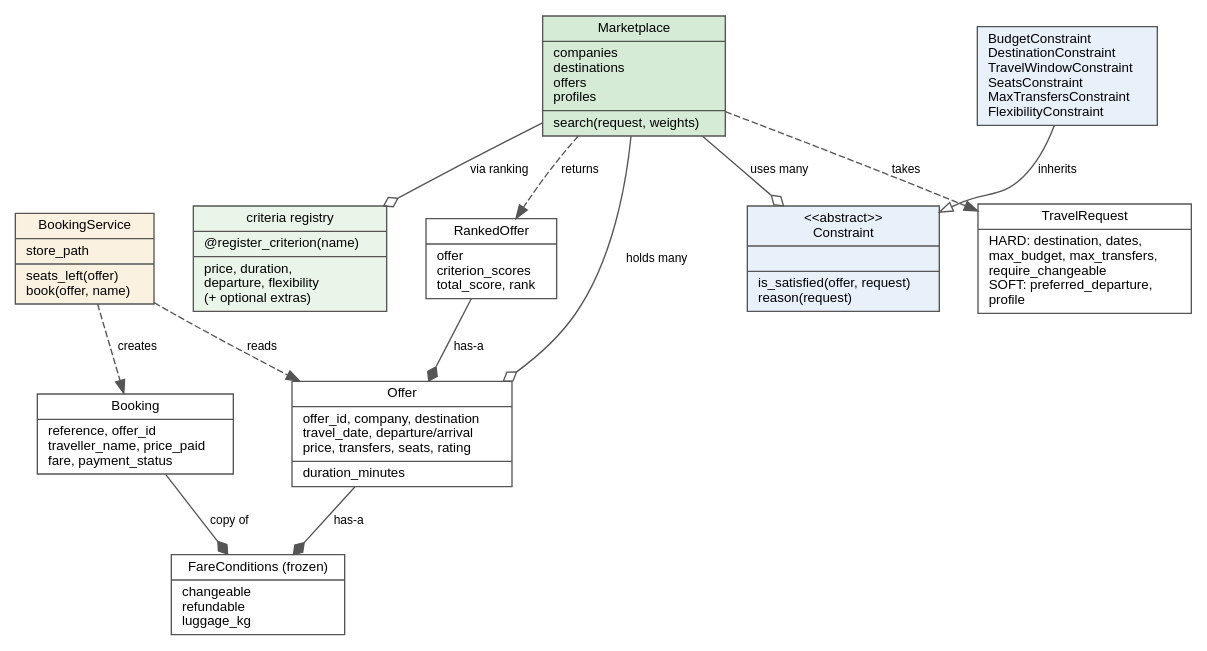
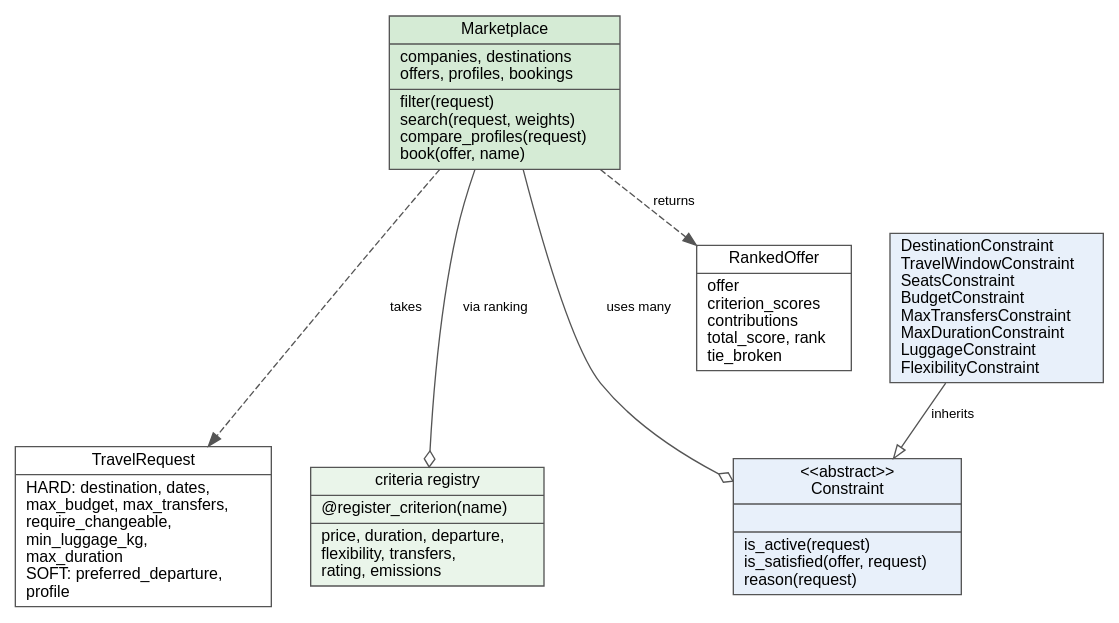
The diagram in docs/diagrams/classes.dot (maxfinanger/ACIT4420FinalProjectMaxFinanger), drawn with Graphviz before and after one commit. The commit also changed 25 other files, not shown here.

```diff
--- a/docs/diagrams/classes.dot
+++ b/docs/diagrams/classes.dot
@@ -1,29 +1,20 @@
 digraph classes {
-  rankdir=TB; fontname="Helvetica"; nodesep=0.4; ranksep=0.55;
-  node [shape=record, style=filled, fillcolor="#FFFFFF", fontname="Helvetica", fontsize=10, color="#555555"];
-  edge [fontname="Helvetica", fontsize=9, color="#555555"];
+  rankdir=TB; fontname="Helvetica"; nodesep=0.4; ranksep=0.5;
+  node [shape=record, style=filled, fillcolor="#FFFFFF", fontname="Helvetica", fontsize=12, color="#555555"];
+  edge [fontname="Helvetica", fontsize=10, color="#555555"];
 
-  Marketplace [label="{Marketplace|companies\ldestinations\loffers\lprofiles\l|search(request, weights)\l}", fillcolor="#D5EBD5"];
-  TravelRequest [label="{TravelRequest|HARD: destination, dates,\l  max_budget, max_transfers,\l  require_changeable\lSOFT: preferred_departure,\l  profile\l}"];
-  Offer [label="{Offer|offer_id, company, destination\ltravel_date, departure/arrival\lprice, transfers, seats, rating\l|duration_minutes\l}"];
-  FareConditions [label="{FareConditions (frozen)|changeable\lrefundable\lluggage_kg\l}"];
-  RankedOffer [label="{RankedOffer|offer\lcriterion_scores\ltotal_score, rank\l}"];
-  Booking [label="{Booking|reference, offer_id\ltraveller_name, price_paid\lfare, payment_status\l}"];
-  BookingService [label="{BookingService|store_path\l|seats_left(offer)\lbook(offer, name)\l}", fillcolor="#FBF1E0"];
-
-  Constraint [label="{\<\<abstract\>\>\nConstraint||is_satisfied(offer, request)\lreason(request)\l}", fillcolor="#E8F0FA"];
-  Subs [label="{BudgetConstraint\lDestinationConstraint\lTravelWindowConstraint\lSeatsConstraint\lMaxTransfersConstraint\lFlexibilityConstraint\l}", fillcolor="#E8F0FA"];
-  Registry [label="{criteria registry|@register_criterion(name)\l|price, duration,\ldeparture, flexibility\l(+ optional extras)\l}", fillcolor="#EAF5EA"];
+  Marketplace [label="{Marketplace|companies, destinations\loffers, profiles, bookings\l|filter(request)\lsearch(request, weights)\lcompare_profiles(request)\lbook(offer, name)\l}", fillcolor="#D5EBD5"];
+  TravelRequest [label="{TravelRequest|HARD: destination, dates,\l  max_budget, max_transfers,\l  require_changeable,\l  min_luggage_kg,\l  max_duration\lSOFT: preferred_departure,\l  profile\l}"];
+  Registry [label="{criteria registry|@register_criterion(name)\l|price, duration, departure,\lflexibility, transfers,\lrating, emissions\l}", fillcolor="#EAF5EA"];
+  Constraint [label="{\<\<abstract\>\>\nConstraint||is_active(request)\lis_satisfied(offer, request)\lreason(request)\l}", fillcolor="#E8F0FA"];
+  Subs [label="{DestinationConstraint\lTravelWindowConstraint\lSeatsConstraint\lBudgetConstraint\lMaxTransfersConstraint\lMaxDurationConstraint\lLuggageConstraint\lFlexibilityConstraint\l}", fillcolor="#E8F0FA"];
+  Ranked [label="{RankedOffer|offer\lcriterion_scores\lcontributions\ltotal_score, rank\ltie_broken\l}"];
 
   Subs -> Constraint [arrowhead=empty, label=" inherits"];
-  Offer -> FareConditions [arrowhead=diamond, label=" has-a"];
-  Booking -> FareConditions [arrowhead=diamond, label=" copy of"];
-  RankedOffer -> Offer [arrowhead=diamond, label=" has-a"];
+  Marketplace -> TravelRequest [style=dashed, label=" takes"];
+  Marketplace -> Registry [arrowhead=odiamond, label=" via ranking"];
   Marketplace -> Constraint [arrowhead=odiamond, label=" uses many"];
-  Marketplace -> Registry [arrowhead=odiamond, label=" via ranking"];
-  Marketplace -> Offer [arrowhead=odiamond, label=" holds many"];
-  Marketplace -> TravelRequest [style=dashed, label=" takes"];
-  Marketplace -> RankedOffer [style=dashed, label=" returns"];
-  BookingService -> Booking [style=dashed, label=" creates"];
-  BookingService -> Offer [style=dashed, label=" reads"];
+  Marketplace -> Ranked [style=dashed, label=" returns"];
+  {rank=same; TravelRequest; Registry; Constraint}
+  {rank=same; Subs; Ranked}
 }
```
